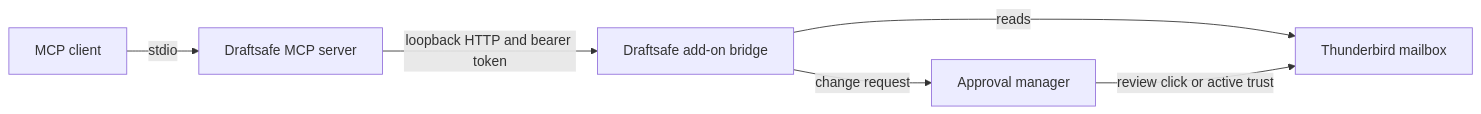
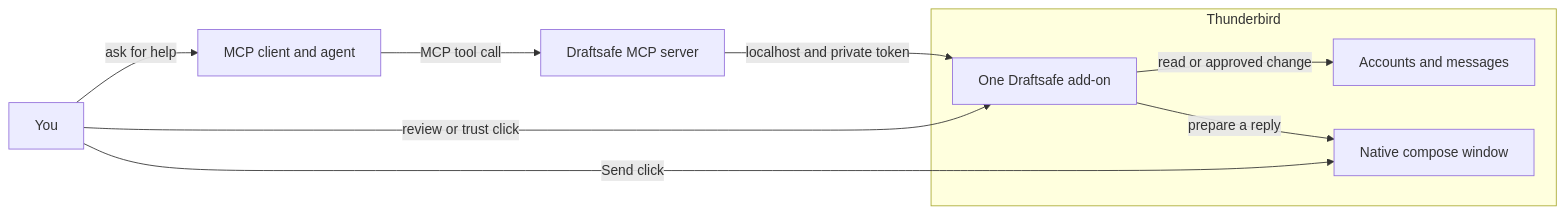
One commit to MoorsArthur/draftsafe changed the first of 3 diagrams in README.md. Above: the diagram before and after it, drawn with Mermaid. The commit also changed other lines of this file and 56 other files, not shown here.

First line of the commit message:
feat: prepare Draftsafe 0.8.0 for safe mail workflows (#2)

````diff
--- a/README.md
+++ b/README.md
@@ -19,8 +31,12 @@
 ```mermaid
 flowchart LR
-  C[MCP client] -->|stdio| M[Draftsafe MCP server]
-  M -->|loopback HTTP and bearer token| B[Draftsafe add-on bridge]
-  B -->|reads| T[Thunderbird mailbox]
-  B -->|change request| A[Approval manager]
-  A -->|review click or active trust| T
+  You[You] -->|ask for help| Agent[MCP client and agent]
+  Agent -->|MCP tool call| Server[Draftsafe MCP server]
+  Server -->|localhost and private token| Addon[One Draftsafe add-on]
+  subgraph Thunderbird
+    Addon -->|read or approved change| Mail[Accounts and messages]
+    Addon -->|prepare a reply| Compose[Native compose window]
+  end
+  You -->|review or trust click| Addon
+  You -->|Send click| Compose
 ```
````
